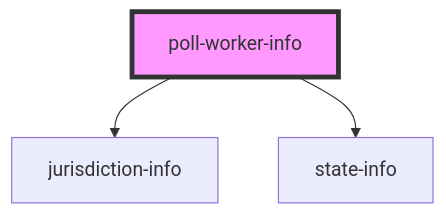
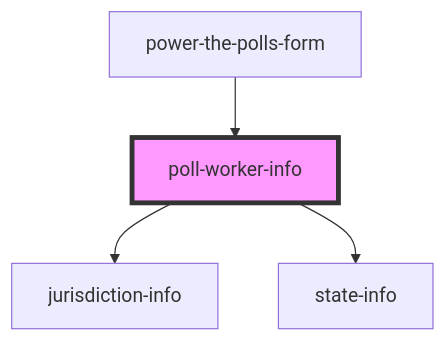
The diagram in site/src/components/poll-worker-info/readme.md (pizza-to-the-polls/power-the-polls), drawn with Mermaid before and after one commit. The commit also changed other lines of this file and 8 other files, not shown here.

````diff
--- a/site/src/components/poll-worker-info/readme.md
+++ b/site/src/components/poll-worker-info/readme.md
@@ -25,6 +29,7 @@
 ```mermaid
 graph TD;
   poll-worker-info --> jurisdiction-info
   poll-worker-info --> state-info
+  power-the-polls-form --> poll-worker-info
   style poll-worker-info fill:#f9f,stroke:#333,stroke-width:4px
 ```
````
